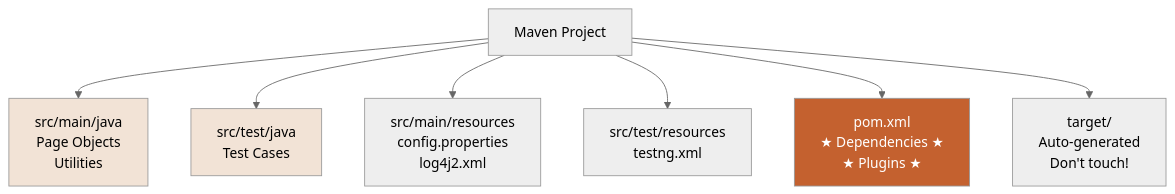
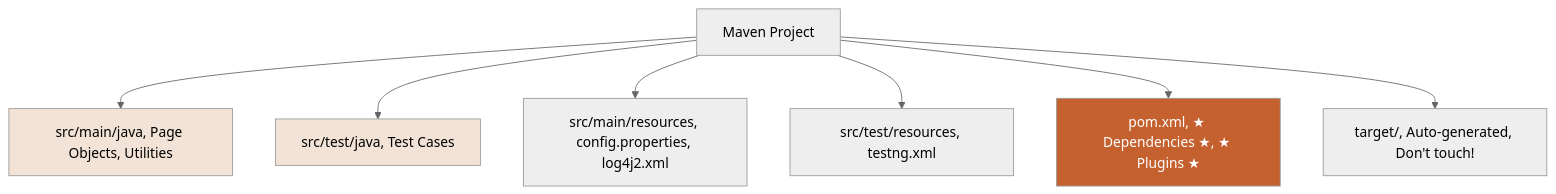
One commit to namnd0806/automation-testing-cource changed the second of 7 diagrams in 03-maven-build-tool.md. Above: the diagram before and after it, drawn with Mermaid (neutral theme). The commit also changed other lines of this file and 4 other files, not shown here.

First line of the commit message:
Fix: Sửa tất cả sơ đồ Mermaid lỗi format

````diff
--- a/03-maven-build-tool.md
+++ b/03-maven-build-tool.md
@@ -109,20 +109,20 @@
 ```mermaid
 graph TD
     A[Maven Project]
     
-    A --> B[src/main/java<br/>Page Objects<br/>Utilities]
+    A --> B[src/main/java, Page Objects, Utilities]
     
-    A --> C[src/test/java<br/>Test Cases]
+    A --> C[src/test/java, Test Cases]
     
-    A --> D[src/main/resources<br/>config.properties<br/>log4j2.xml]
+    A --> D[src/main/resources, config.properties, log4j2.xml]
     
-    A --> E[src/test/resources<br/>testng.xml]
+    A --> E[src/test/resources, testng.xml]
     
-    A --> F[pom.xml<br/>★ Dependencies ★<br/>★ Plugins ★]
+    A --> F[pom.xml, ★ Dependencies ★, ★ Plugins ★]
     
-    A --> G[target/<br/>Auto-generated<br/>Don't touch!]
+    A --> G[target/, Auto-generated, Don't touch!]
     
     style F fill:#C4612F,color:#fff
     style B fill:#F2E3D6
     style C fill:#F2E3D6
 ```
````
